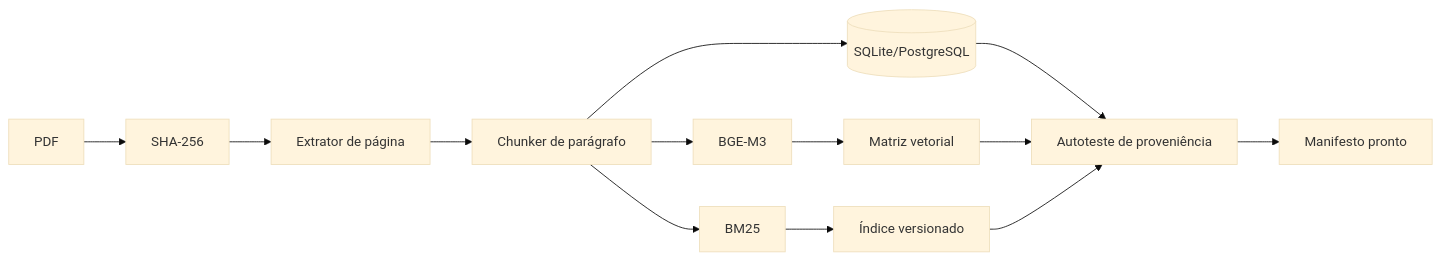
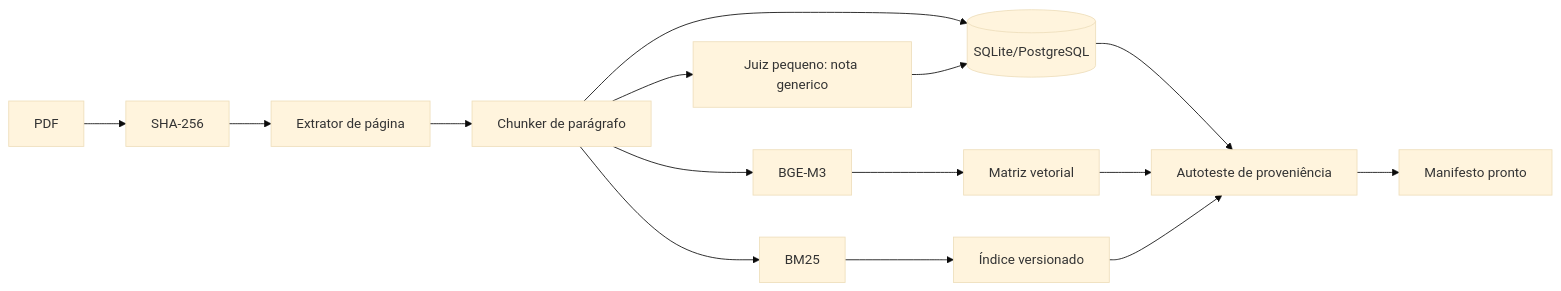
The second of 2 diagrams in mvp-copiloto/docs/organograma-copiloto.md (morettto/limmiar), drawn with Mermaid (base theme) before and after one commit. The commit also changed other lines of this file and 182 other files, not shown here.

````diff
--- a/mvp-copiloto/docs/organograma-copiloto.md
+++ b/mvp-copiloto/docs/organograma-copiloto.md
@@ -34,15 +36,17 @@
 ```mermaid
 flowchart LR
     P[PDF] --> H[SHA-256]
     H --> X[Extrator de página]
     X --> C[Chunker de parágrafo]
     C --> DB[(SQLite/PostgreSQL)]
     C --> E[BGE-M3]
+    C --> GE[Juiz pequeno: nota generico]
+    GE --> DB
     E --> M[Matriz vetorial]
     C --> B[BM25]
     B --> I[Índice versionado]
     DB --> T[Autoteste de proveniência]
     M --> T
     I --> T
     T --> R[Manifesto pronto]
 ```
````
